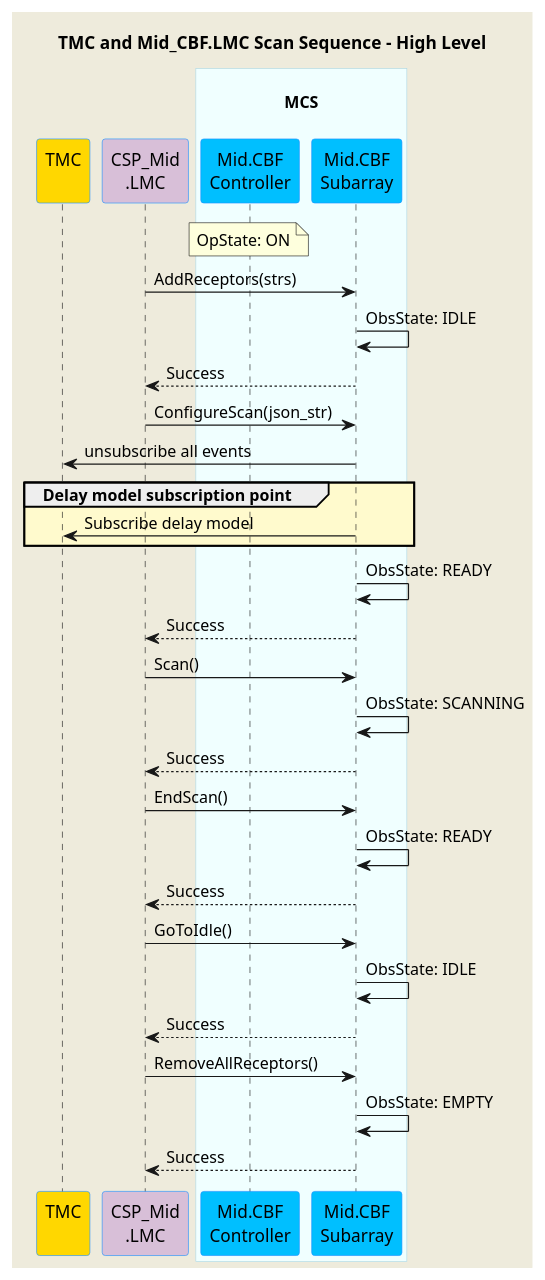
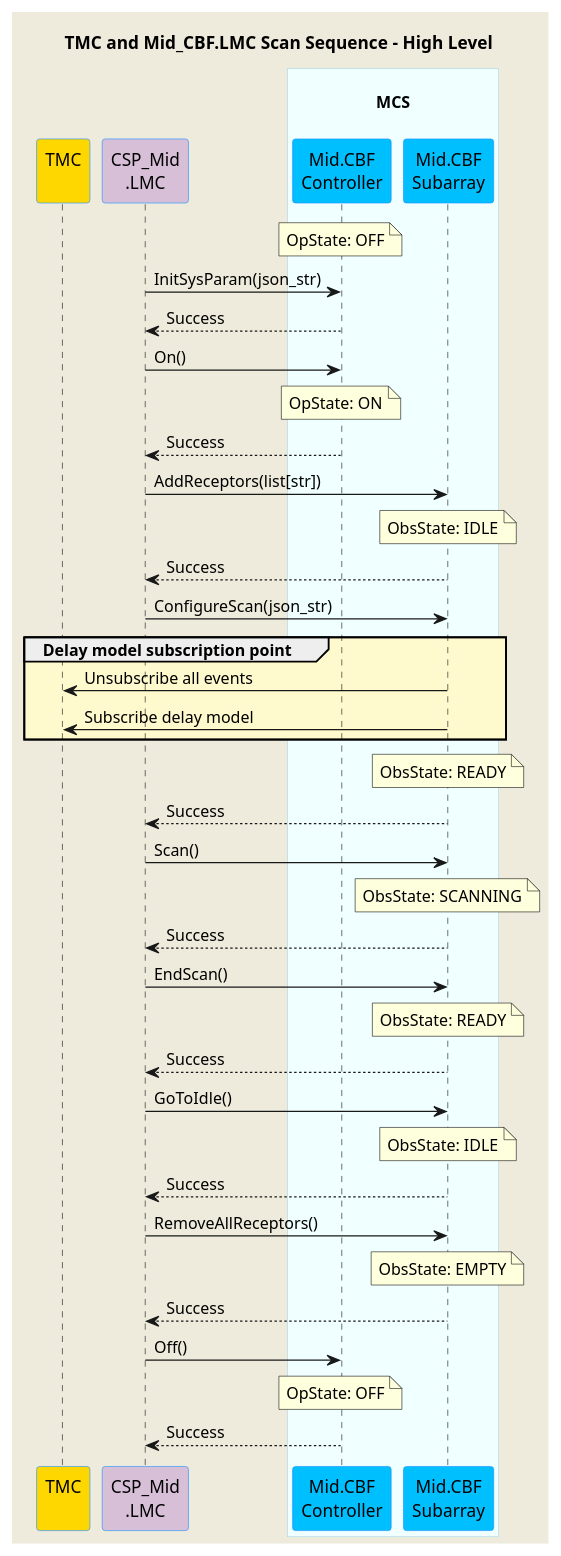
The diagram in docs/src/diagrams/mid-cbf-scan-ops.puml (ska-telescope/mid-cbf-mcs), drawn with PlantUML before and after one commit.

Commit message:
CIP-2424 updates to MCS scan ops diagram.

```diff
--- a/docs/src/diagrams/mid-cbf-scan-ops.puml
+++ b/docs/src/diagrams/mid-cbf-scan-ops.puml
@@ -1,66 +1,80 @@
 @startuml
 'https://plantuml.com/sequence-diagram
 
 skinparam backgroundColor #EEEBDC
 skinparam sequence {
 ParticipantBorderColor DodgerBlue
 ParticipantBackgroundColor DeepSkyBlue
 ActorBorderColor DarkGreen
 ActorBackgroundColor Green
 BoxBorderColor LightBlue
 BoxBackgroundColor #F0FFFF
 }
 
 title TMC and Mid_CBF.LMC Scan Sequence - High Level
 
 participant "TMC\n" as tmc #Gold
 participant "CSP_Mid\n.LMC" as lmc #Thistle
 
 box "\nMCS\n"
 participant "Mid.CBF\nController" as controller
 participant "Mid.CBF\nSubarray" as subarray
 end box
 
+note over controller        : OpState: OFF
+
+lmc         -> controller   : InitSysParam(json_str)
+controller --> lmc          : Success
+
+lmc         -> controller   : On()
 note over controller        : OpState: ON
-lmc         -> subarray     : AddReceptors(strs)
-subarray    -> subarray     : ObsState: IDLE
+controller --> lmc          : Success
+
+lmc         -> subarray     : AddReceptors(list[str])
+note over subarray          : ObsState: IDLE
 subarray   --> lmc          : Success
+
 lmc         -> subarray     : ConfigureScan(json_str)
-subarray    -> tmc          : unsubscribe all events
+
 
 group #LemonChiffon Delay model subscription point
-subarray    -> tmc          : Subscribe delay model
+    subarray    -> tmc          : Unsubscribe all events
+    subarray    -> tmc          : Subscribe delay model
 end group
 
 ' group Doppler subscription point
 ' subarray    -> tmc          : subscribe Doppler phase correction
 ' end group
 
 ' group Jones matrix subscription point
 ' subarray    -> tmc          : subscribe Jones matrix
 ' end group
 
 ' group Timing beam subscription point
 ' subarray    -> tmc          : subscribe timing beam weights
 ' end group
 
-subarray    -> subarray     : ObsState: READY
+note over subarray          : ObsState: READY
 subarray   --> lmc          : Success
 
 lmc         -> subarray     : Scan()
-subarray    -> subarray     : ObsState: SCANNING
+note over subarray          : ObsState: SCANNING
 subarray   --> lmc          : Success
 
 lmc         -> subarray     : EndScan()
-subarray    -> subarray     : ObsState: READY
+note over subarray          : ObsState: READY
 subarray   --> lmc          : Success
 
 lmc         -> subarray     : GoToIdle()
-subarray    -> subarray     : ObsState: IDLE
+note over subarray          : ObsState: IDLE
 subarray   --> lmc          : Success
 
 lmc         -> subarray     : RemoveAllReceptors()
-subarray    -> subarray     : ObsState: EMPTY
+note over subarray          : ObsState: EMPTY
 subarray   --> lmc          : Success
 
+lmc         -> controller   : Off()
+note over controller        : OpState: OFF
+controller --> lmc          : Success
+
 @enduml
```
